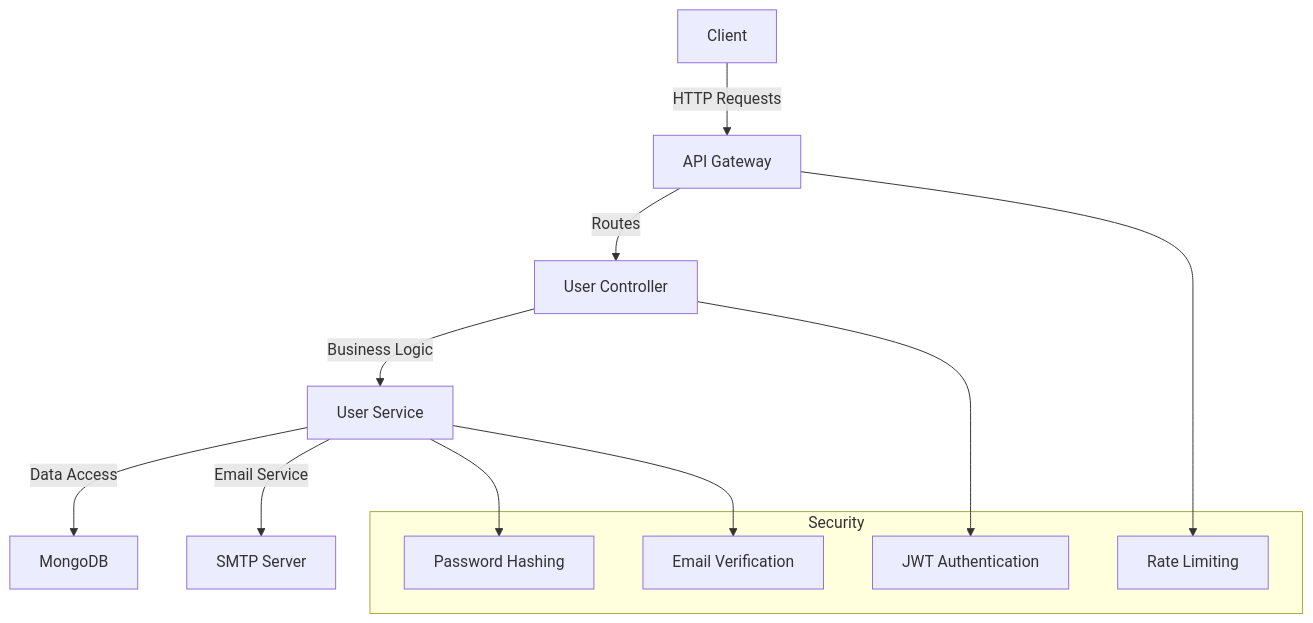
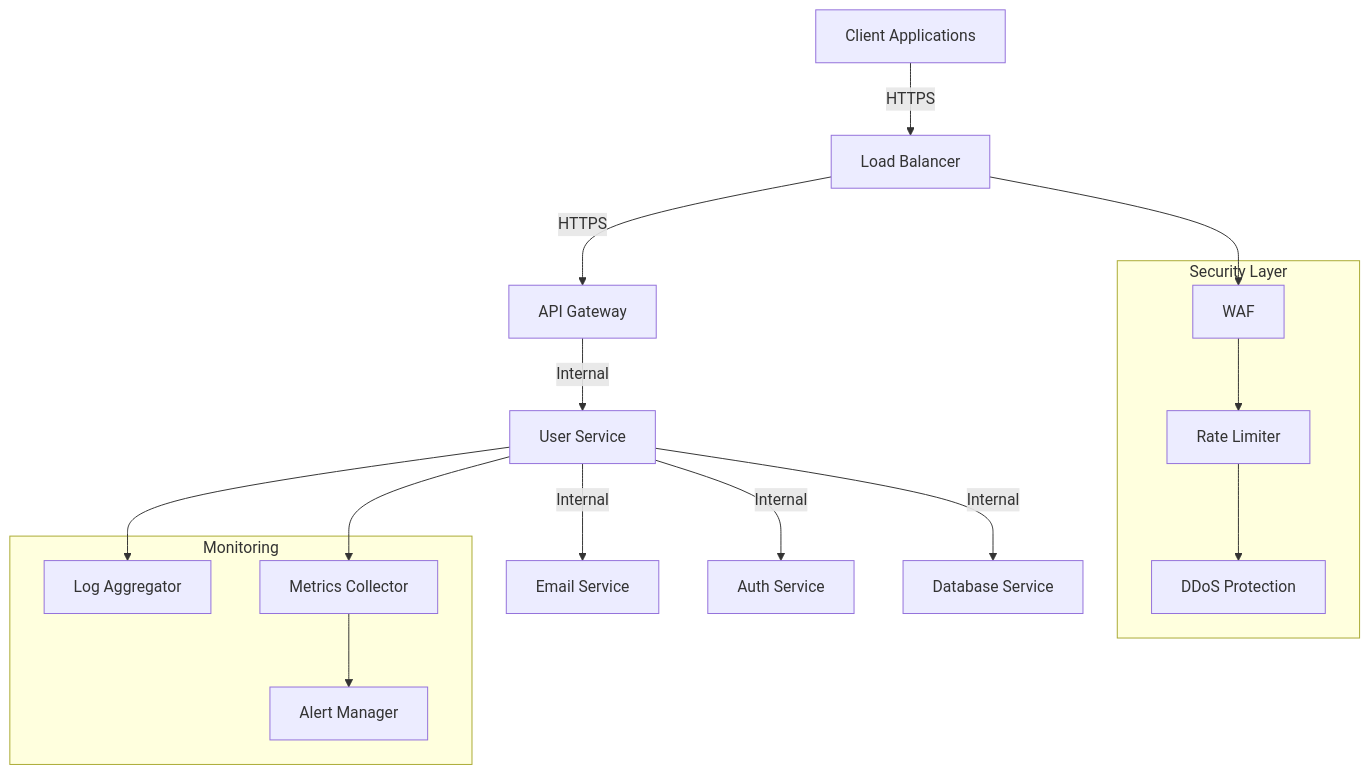
The first of 5 diagrams in README.md (charankandukuri-52/The-Student-Voice), drawn with Mermaid before and after one commit. The commit also changed other lines of this file, not shown here.

````diff
--- a/README.md
+++ b/README.md
@@ -7,20 +8,28 @@
 ```mermaid
 graph TD
-    A[Client] -->|HTTP Requests| B[API Gateway]
-    B -->|Routes| C[User Controller]
-    C -->|Business Logic| D[User Service]
-    D -->|Data Access| E[MongoDB]
-    D -->|Email Service| F[SMTP Server]
+    A[Client Applications] -->|HTTPS| B[Load Balancer]
+    B -->|HTTPS| C[API Gateway]
+    C -->|Internal| D[User Service]
+    D -->|Internal| E[Email Service]
+    D -->|Internal| F[Auth Service]
+    D -->|Internal| G[Database Service]
     
-    subgraph Security
-        G[JWT Authentication]
-        H[Password Hashing]
-        I[Email Verification]
-        J[Rate Limiting]
+    subgraph Security Layer
+        H[WAF]
+        I[Rate Limiter]
+        J[DDoS Protection]
     end
     
-    C --> G
-    D --> H
-    D --> I
-    B --> J
+    subgraph Monitoring
+        K[Log Aggregator]
+        L[Metrics Collector]
+        M[Alert Manager]
+    end
+    
+    B --> H
+    H --> I
+    I --> J
+    D --> K
+    D --> L
+    L --> M
 ```
````
